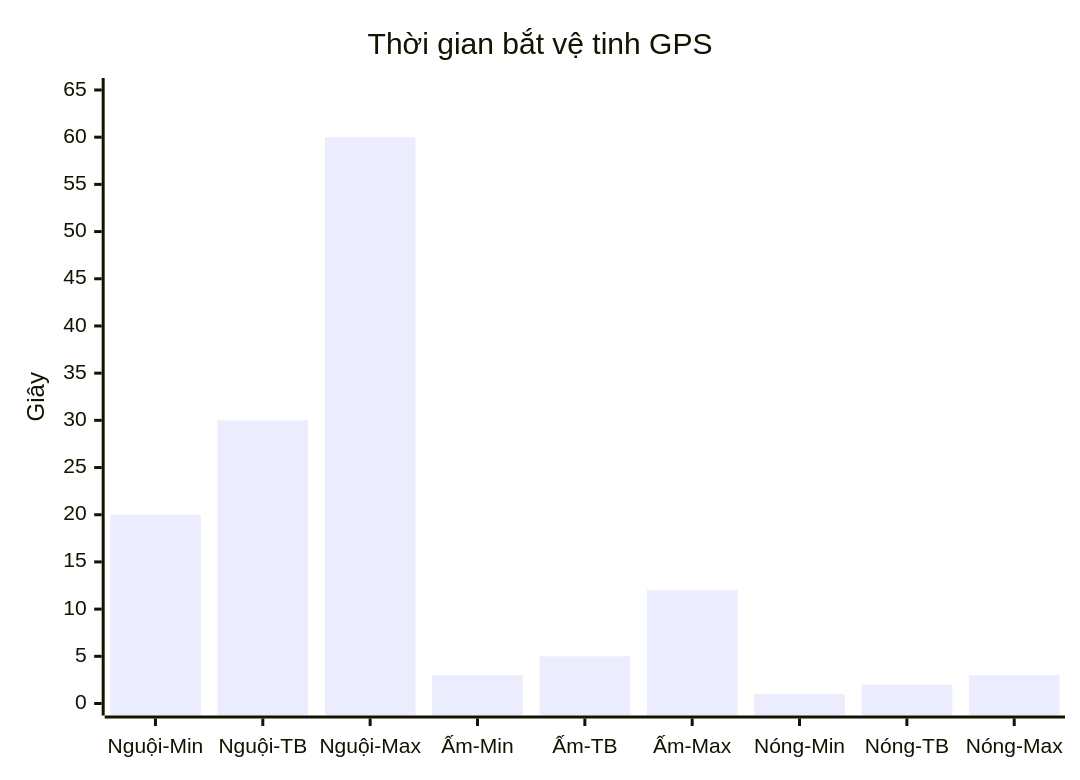
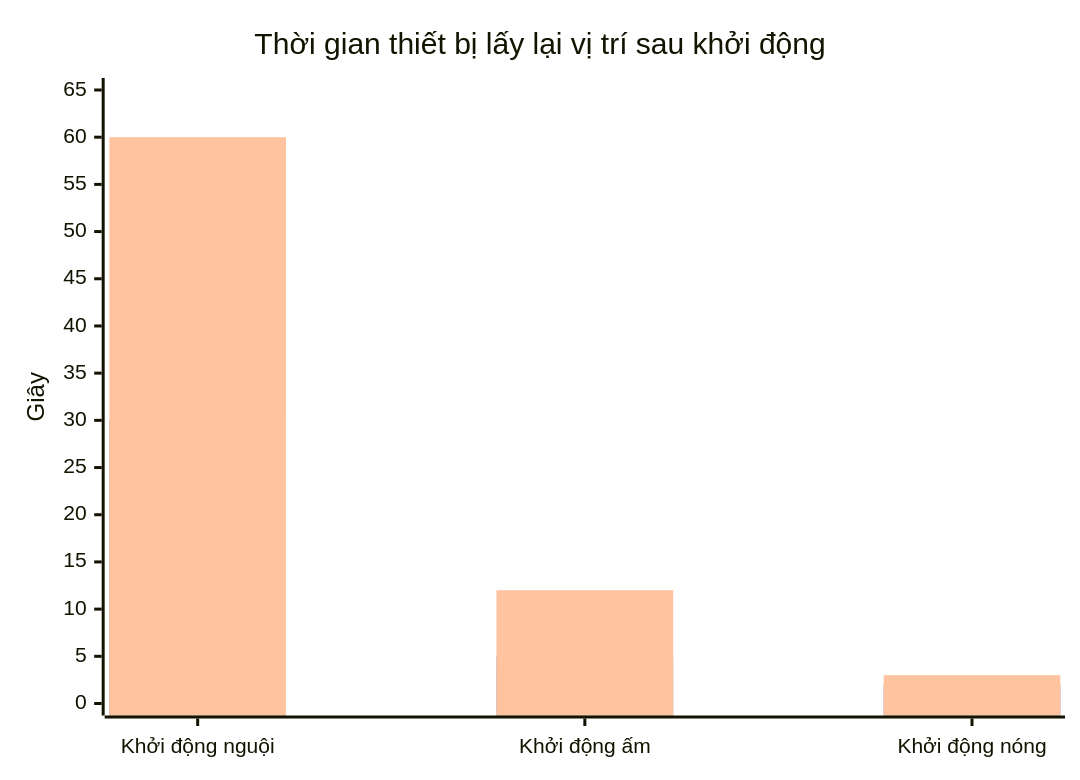
Before and after one commit to anmh1205/IoT_Vehicle_Tracking_System: the diagram in resources/reports/thesis/final/assets/uml/10-chuong-4-ket-qua-do-luong-hinh-4-27.mmd, drawn with Mermaid. The commit also changed 337 other files, not shown here.

```diff
--- a/resources/reports/thesis/final/assets/uml/10-chuong-4-ket-qua-do-luong-hinh-4-27.mmd
+++ b/resources/reports/thesis/final/assets/uml/10-chuong-4-ket-qua-do-luong-hinh-4-27.mmd
@@ -1,5 +1,7 @@
 xychart-beta
-    title "Thời gian bắt vệ tinh GPS"
-    x-axis ["Nguội-Min", "Nguội-TB", "Nguội-Max", "Ấm-Min", "Ấm-TB", "Ấm-Max", "Nóng-Min", "Nóng-TB", "Nóng-Max"]
+    title "Thời gian thiết bị lấy lại vị trí sau khởi động"
+    x-axis ["Khởi động nguội", "Khởi động ấm", "Khởi động nóng"]
     y-axis "Giây" 0 --> 65
-    bar [20, 30, 60, 3, 5, 12, 1, 2, 3]
+    bar "Nhanh nhất" [20, 3, 1]
+    bar "Trung bình" [30, 5, 2]
+    bar "Chậm nhất" [60, 12, 3]
```
